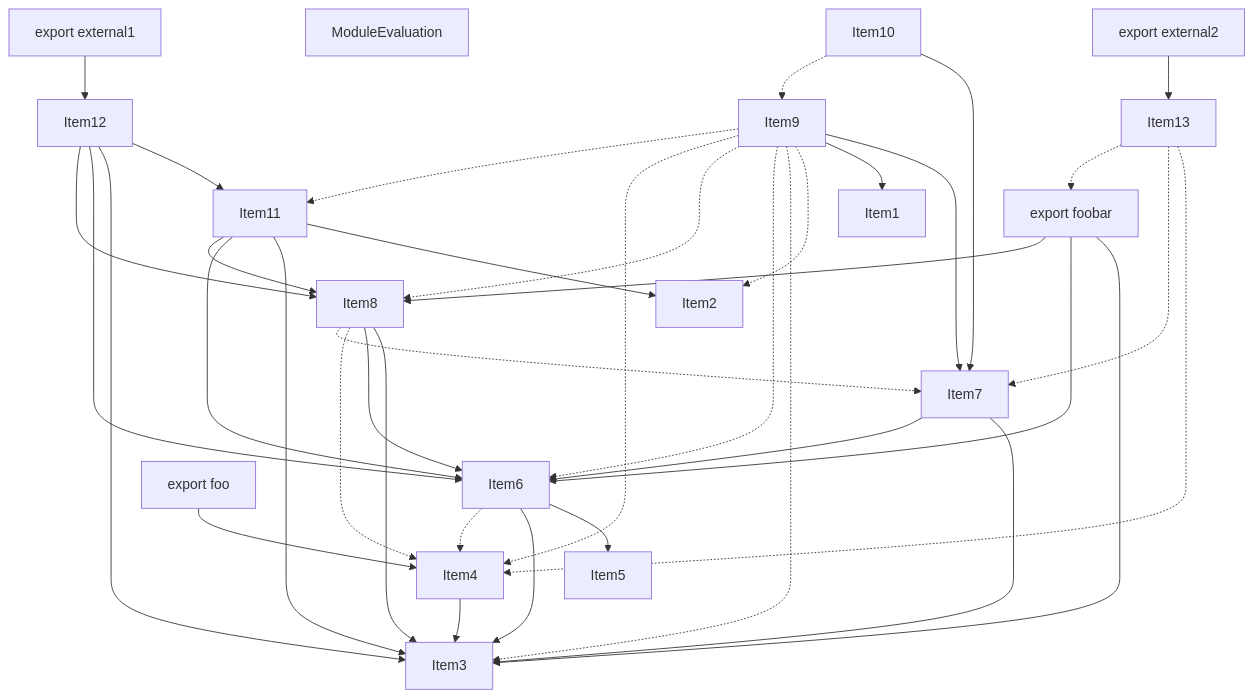
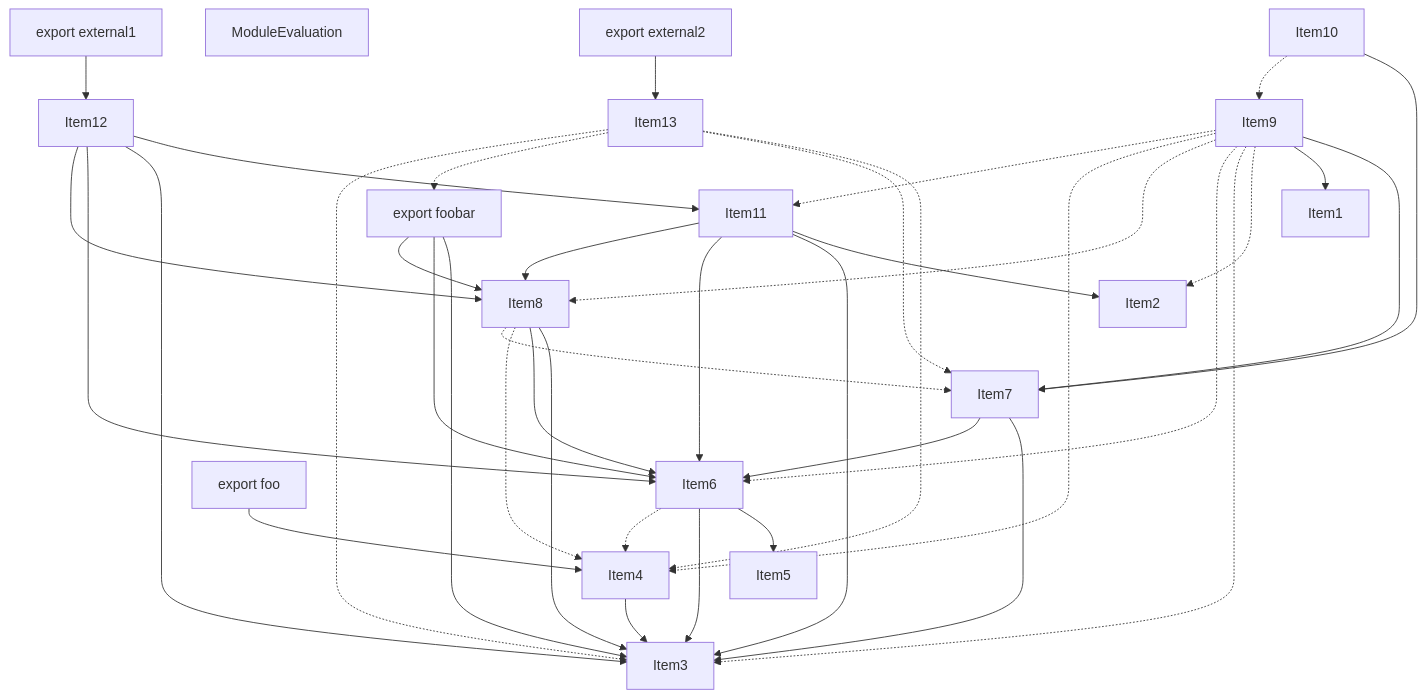
Before and after one commit to vercel/turborepo: the third of 5 diagrams in crates/turbopack-ecmascript/tests/tree-shaker/analyzer/1/output.md, drawn with Mermaid. The commit also changed other lines of this file and 3 other files, not shown here.

````diff
--- a/crates/turbopack-ecmascript/tests/tree-shaker/analyzer/1/output.md
+++ b/crates/turbopack-ecmascript/tests/tree-shaker/analyzer/1/output.md
@@ -230,63 +230,64 @@
 ```mermaid
 graph TD
     Item1;
     Item2;
     Item3;
     Item4;
     Item5;
     Item6;
     Item7;
     Item8;
     Item9;
     Item10;
     Item11;
     Item12;
     Item13;
     Item14;
     Item14["ModuleEvaluation"];
     Item15;
     Item15["export foobar"];
     Item16;
     Item16["export foo"];
     Item17;
     Item17["export external1"];
     Item18;
     Item18["export external2"];
     Item4 --> Item3;
     Item6 --> Item5;
     Item6 --> Item3;
     Item6 -.-> Item4;
     Item7 --> Item3;
     Item7 --> Item6;
     Item8 --> Item3;
     Item8 --> Item6;
     Item8 -.-> Item4;
     Item8 -.-> Item7;
     Item9 --> Item7;
     Item9 --> Item1;
     Item9 -.-> Item2;
     Item9 -.-> Item3;
     Item9 -.-> Item6;
     Item9 -.-> Item8;
     Item9 -.-> Item4;
     Item9 -.-> Item11;
     Item10 --> Item7;
     Item10 -.-> Item9;
     Item15 --> Item3;
     Item15 --> Item6;
     Item15 --> Item8;
     Item16 --> Item4;
     Item17 --> Item12;
     Item18 --> Item13;
     Item11 --> Item2;
     Item11 --> Item3;
     Item11 --> Item6;
     Item11 --> Item8;
     Item12 --> Item11;
     Item12 --> Item3;
     Item12 --> Item6;
     Item12 --> Item8;
     Item13 -.-> Item4;
     Item13 -.-> Item7;
     Item13 -.-> Item15;
+    Item13 -.-> Item3;
 ```
````
